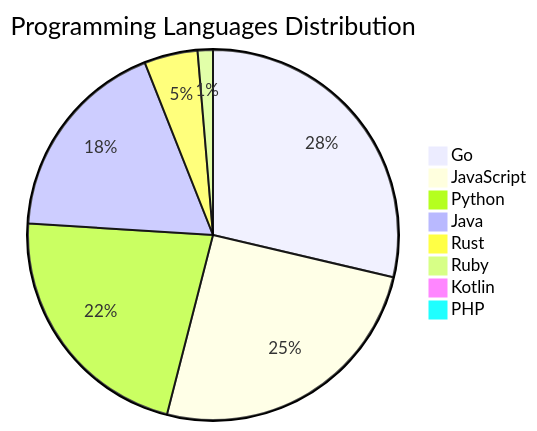
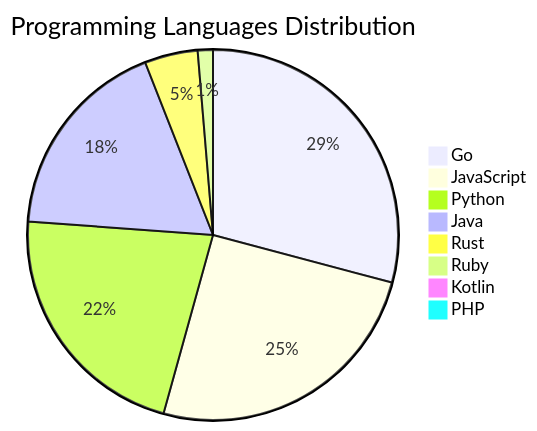
The diagram in README.md (Derrick-MUGISHA/github-activity-bot), drawn with Mermaid before and after one commit. The commit also changed other lines of this file and 4 other files, not shown here.

````diff
--- a/README.md
+++ b/README.md
@@ -209,11 +209,11 @@
 ```mermaid
 pie title Programming Languages Distribution
-    "Go" : 43
+    "Go" : 44
     "JavaScript" : 38
     "Python" : 33
     "Java" : 27
     "Rust" : 7
     "Ruby" : 2
     "Kotlin" : 1
     "PHP" : 1
 ```
````
